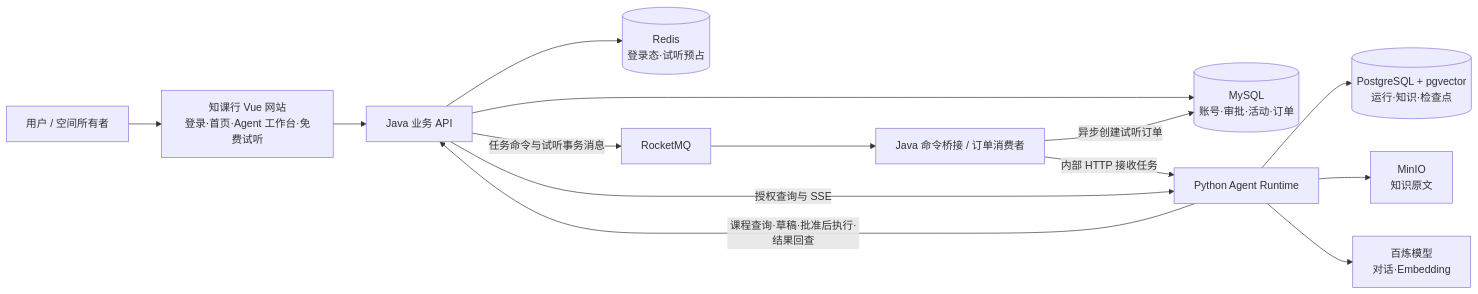
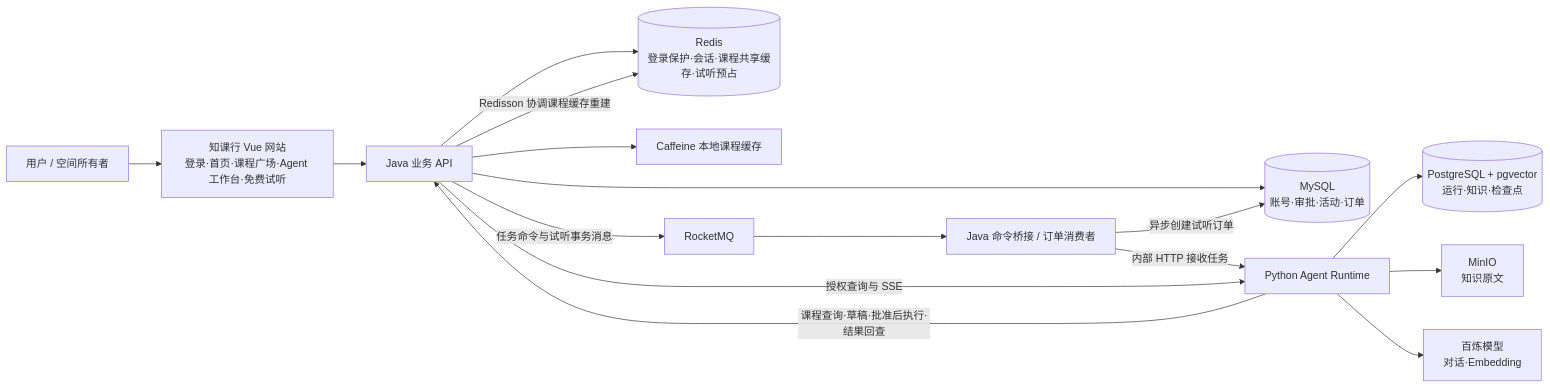
Before and after one commit to Chen166-cloud/zhikexing-backend: the diagram in docs/product/产品报告.md, drawn with Mermaid. The commit also changed other lines of this file and 52 other files, not shown here.

````diff
--- a/docs/product/产品报告.md
+++ b/docs/product/产品报告.md
@@ -64,18 +75,20 @@
 ```mermaid
 flowchart LR
-    U[用户 / 空间所有者] --> V[知课行 Vue 网站<br/>登录·首页·Agent 工作台·免费试听]
+    U[用户 / 空间所有者] --> V[知课行 Vue 网站<br/>登录·首页·课程广场·Agent 工作台·免费试听]
     V --> J[Java 业务 API]
 
     J --> M[(MySQL<br/>账号·审批·活动·订单)]
-    J --> R[(Redis<br/>登录态·试听预占)]
+    J --> R[(Redis<br/>登录保护·会话·课程共享缓存·试听预占)]
+    J --> C[Caffeine 本地课程缓存]
+    J -->|Redisson 协调课程缓存重建| R
     J -->|任务命令与试听事务消息| Q[RocketMQ]
     Q --> B[Java 命令桥接 / 订单消费者]
     B -->|内部 HTTP 接收任务| P[Python Agent Runtime]
     B -->|异步创建试听订单| M
 
     J -->|授权查询与 SSE| P
     P -->|课程查询·草稿·批准后执行·结果回查| J
     P --> G[(PostgreSQL + pgvector<br/>运行·知识·检查点)]
     P --> S[MinIO<br/>知识原文]
     P --> L[百炼模型<br/>对话·Embedding]
 ```
````
